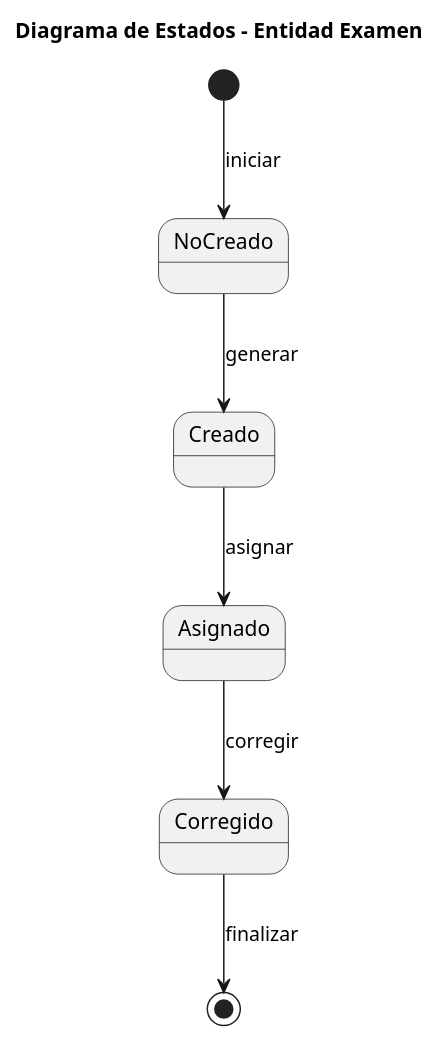
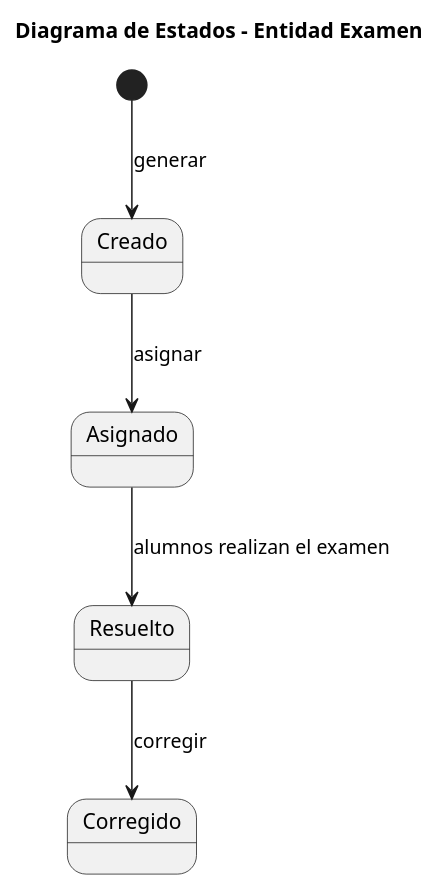
Before and after one commit to martinlopez7/25-26-IdSw1-SdR: the diagram in documents/modelos/diagramas/diagramaEstados/diagramaEstadosExamen/diagramaEstadosExamen.puml, drawn with PlantUML. The commit also changed 5 other files, not shown here.

Commit message:
fix(mdd): corrige los diagramas de estados de examen y pregunta [refs #68]

```diff
--- a/documents/modelos/diagramas/diagramaEstados/diagramaEstadosExamen/diagramaEstadosExamen.puml
+++ b/documents/modelos/diagramas/diagramaEstados/diagramaEstadosExamen/diagramaEstadosExamen.puml
@@ -1,10 +1,9 @@
 @startuml
 title Diagrama de Estados - Entidad Examen
 
- [*] --> NoCreado : iniciar
- NoCreado --> Creado : generar
+ [*] --> Creado : generar
  Creado --> Asignado : asignar
- Asignado --> Corregido : corregir
- Corregido --> [*] : finalizar
+ Asignado --> Resuelto : alumnos realizan el examen
+ Resuelto --> Corregido : corregir
 
 @enduml
```
